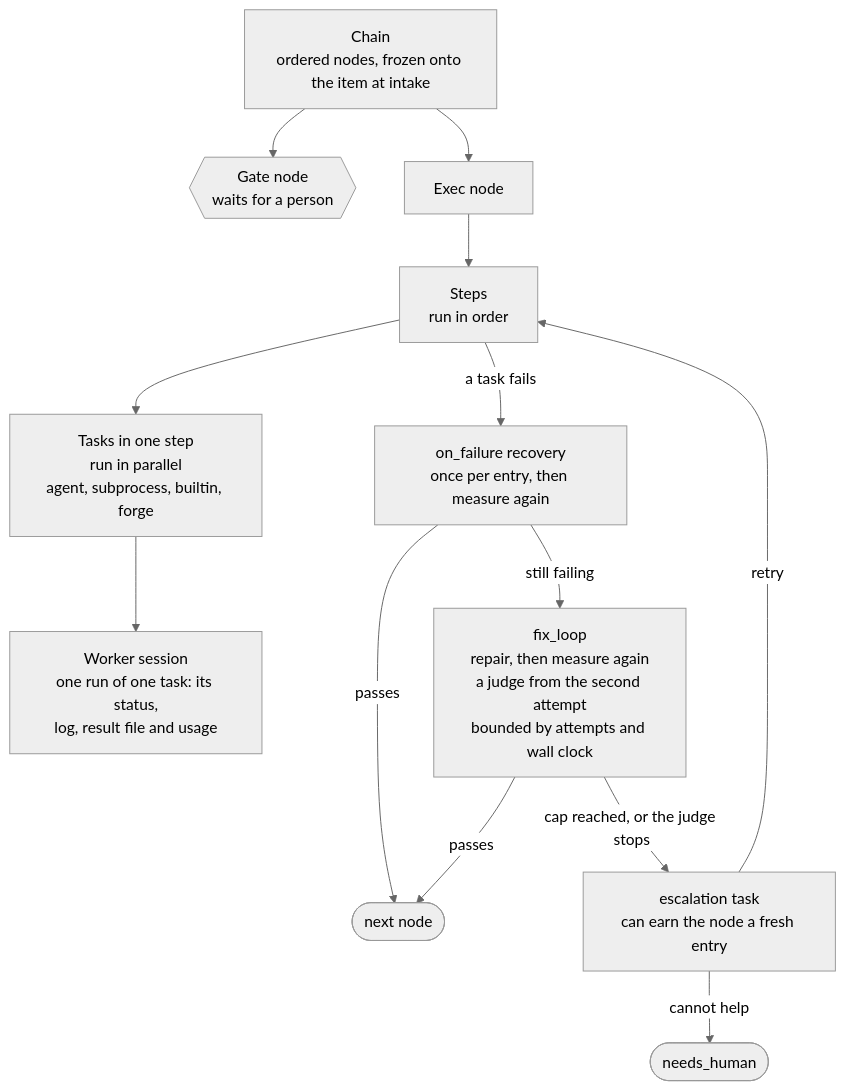
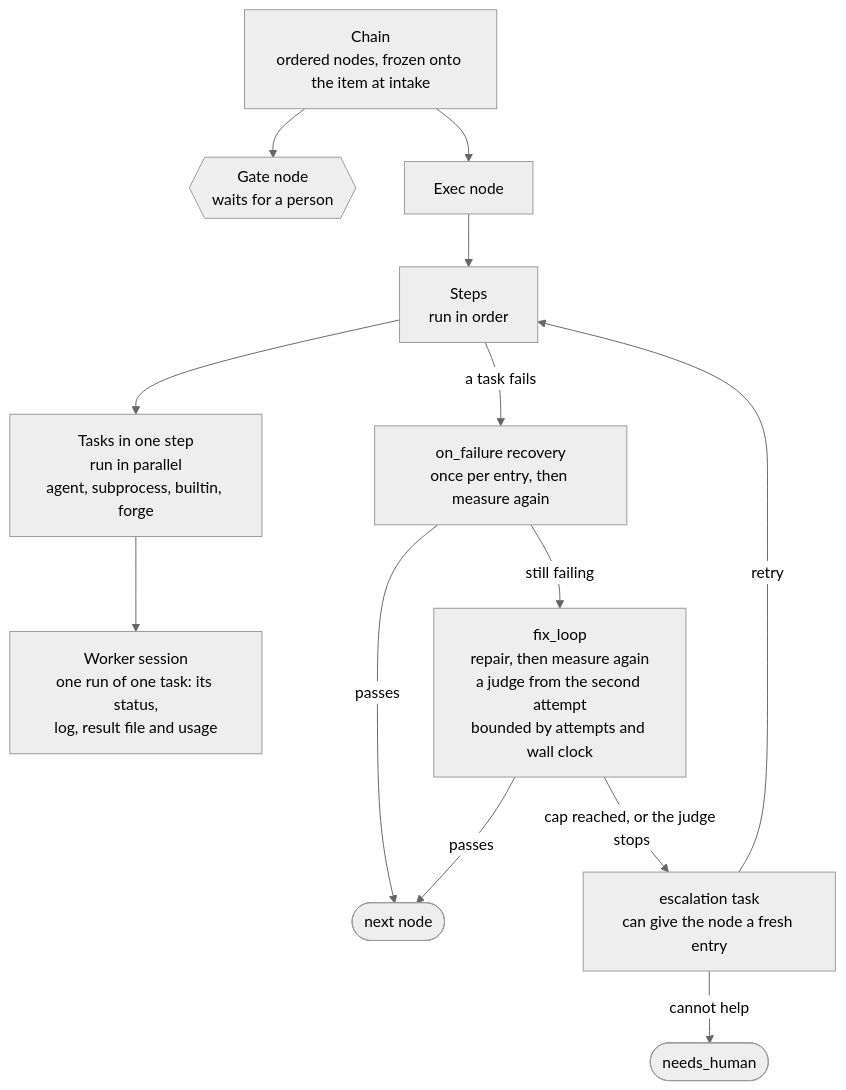
The diagram in docsite/diagrams/structure.mmd (itsOmidKarami/kraft), drawn with Mermaid (neutral theme) before and after one commit. The commit also changed 3 other files, not shown here.

Commit message:
Diagrams: the request flow names the gates it passes; plainer escalation label

```diff
--- a/docsite/diagrams/structure.mmd
+++ b/docsite/diagrams/structure.mmd
@@ -1,22 +1,22 @@
 flowchart TD
   chain["Chain<br/>ordered nodes, frozen onto the item at intake"]
   gate{{"Gate node<br/>waits for a person"}}
   exec["Exec node"]
   main["Steps<br/>run in order"]
   task["Tasks in one step<br/>run in parallel<br/>agent, subprocess, builtin, forge"]
   session["Worker session<br/>one run of one task: its status,<br/>log, result file and usage"]
   recovery["on_failure recovery<br/>once per entry, then measure again"]
   fix["fix_loop<br/>repair, then measure again<br/>a judge from the second attempt<br/>bounded by attempts and wall clock"]
-  esc["escalation task<br/>can earn the node a fresh entry"]
+  esc["escalation task<br/>can give the node a fresh entry"]
   stop(["needs_human"])
   next(["next node"])
 
   chain --> gate
   chain --> exec --> main --> task --> session
   main -- "a task fails" --> recovery
   recovery -- "passes" --> next
   recovery -- "still failing" --> fix
   fix -- "passes" --> next
   fix -- "cap reached, or the judge stops" --> esc
   esc -- "retry" --> main
   esc -- "cannot help" --> stop
```
